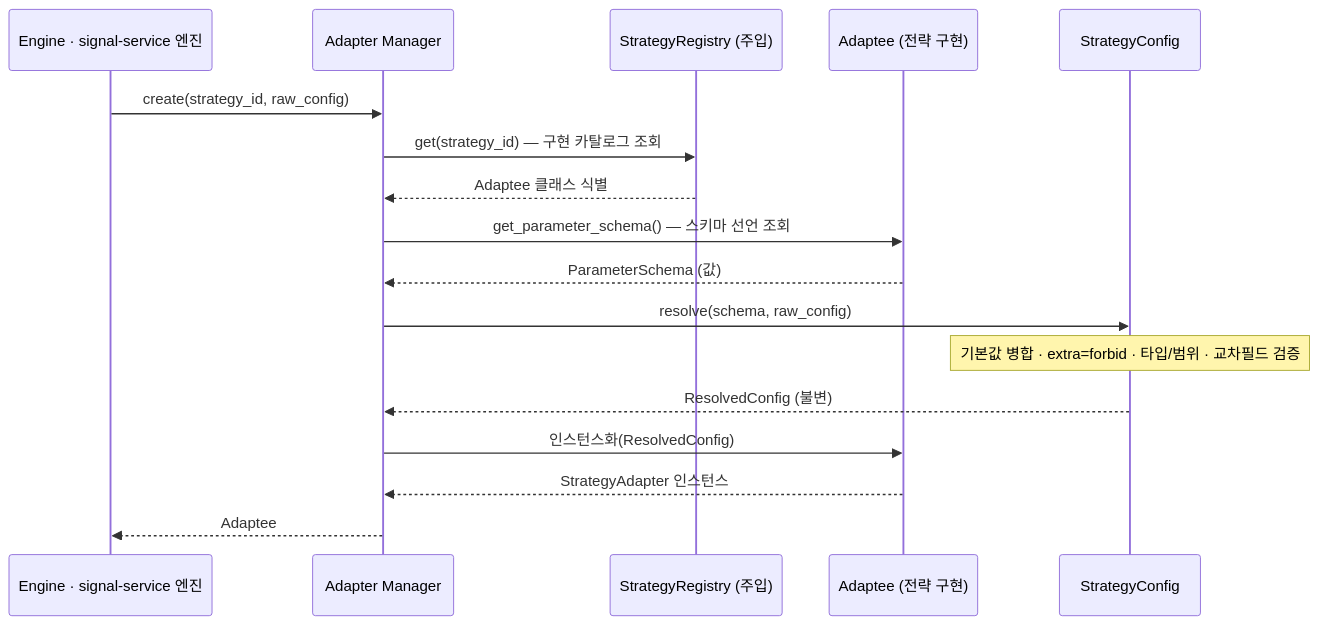
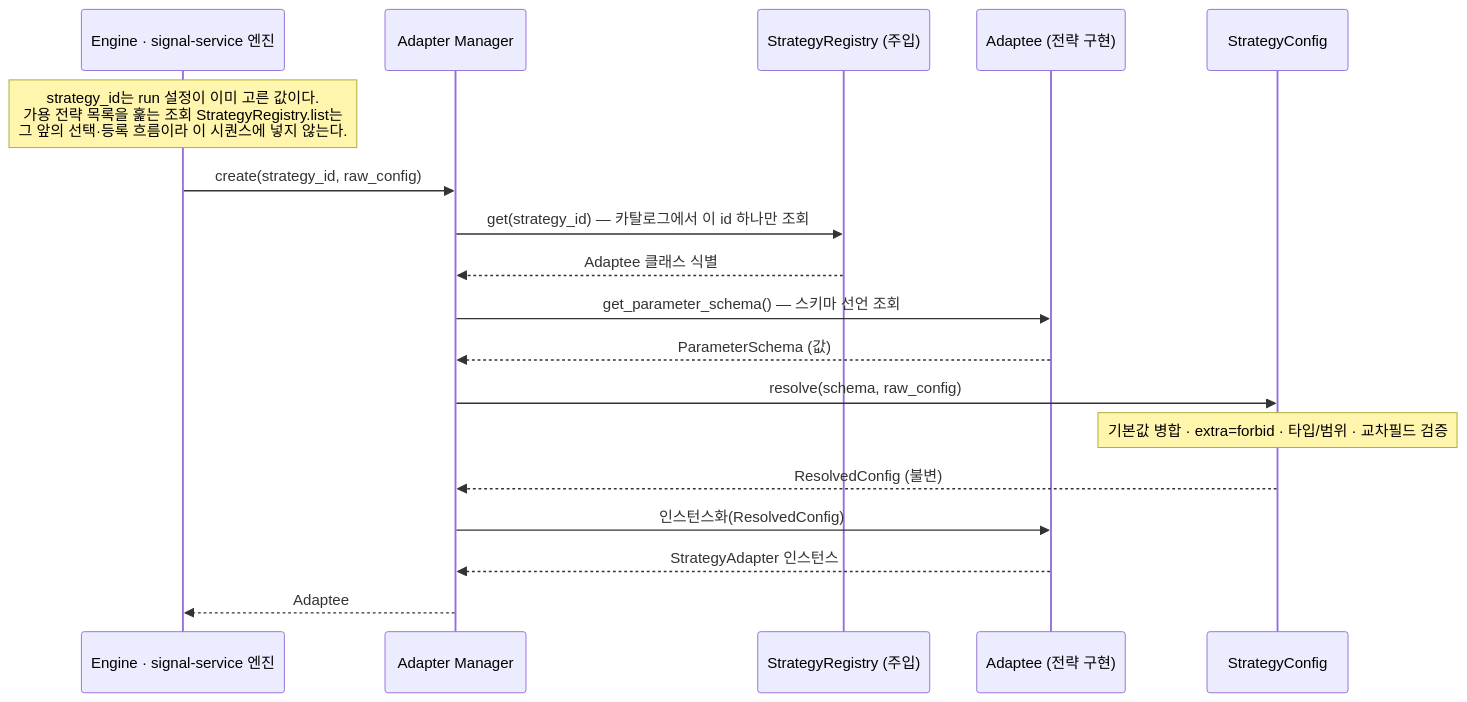
Diagram 11 of 17 in docs/fullspec/backtest_v2_detailed_design.md (vessel35/trading-system-v2), drawn with Mermaid before and after one commit. The commit also changed other lines of this file, not shown here.

First line of the commit message:
docs(b-corelib-classes): §4.2 생성 시퀀스 — get(strategy_id) 단건성 명시·목록 조회 생략 명기(정본 9e9024c 미러)

````diff
--- a/docs/fullspec/backtest_v2_detailed_design.md
+++ b/docs/fullspec/backtest_v2_detailed_design.md
@@ -1722,19 +1722,20 @@
 ```mermaid
 sequenceDiagram
     participant E as Engine · signal-service 엔진
     participant AM as Adapter Manager
     participant REG as StrategyRegistry (주입)
     participant AD as Adaptee (전략 구현)
     participant SC as StrategyConfig
+    Note over E: strategy_id는 run 설정이 이미 고른 값이다.<br/>가용 전략 목록을 훑는 조회 StrategyRegistry.list는<br/>그 앞의 선택·등록 흐름이라 이 시퀀스에 넣지 않는다.
     E->>AM: create(strategy_id, raw_config)
-    AM->>REG: get(strategy_id) — 구현 카탈로그 조회
+    AM->>REG: get(strategy_id) — 카탈로그에서 이 id 하나만 조회
     REG-->>AM: Adaptee 클래스 식별
     AM->>AD: get_parameter_schema() — 스키마 선언 조회
     AD-->>AM: ParameterSchema (값)
     AM->>SC: resolve(schema, raw_config)
     Note over SC: 기본값 병합 · extra=forbid · 타입/범위 · 교차필드 검증
     SC-->>AM: ResolvedConfig (불변)
     AM->>AD: 인스턴스화(ResolvedConfig)
     AD-->>AM: StrategyAdapter 인스턴스
     AM-->>E: Adaptee
 ```
````
